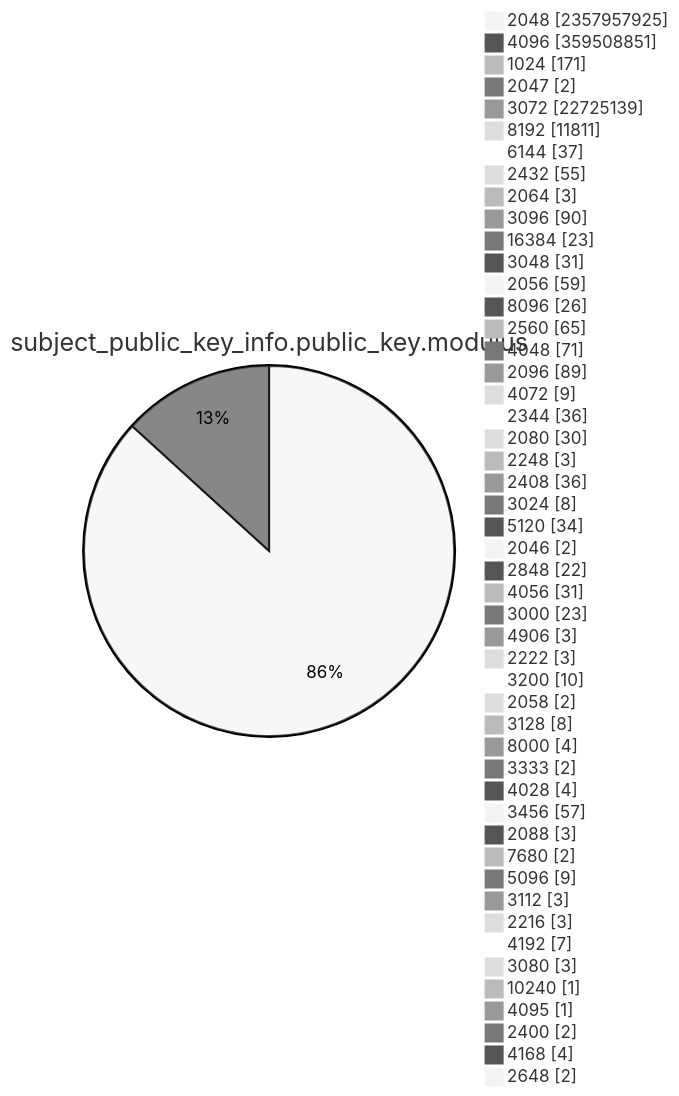
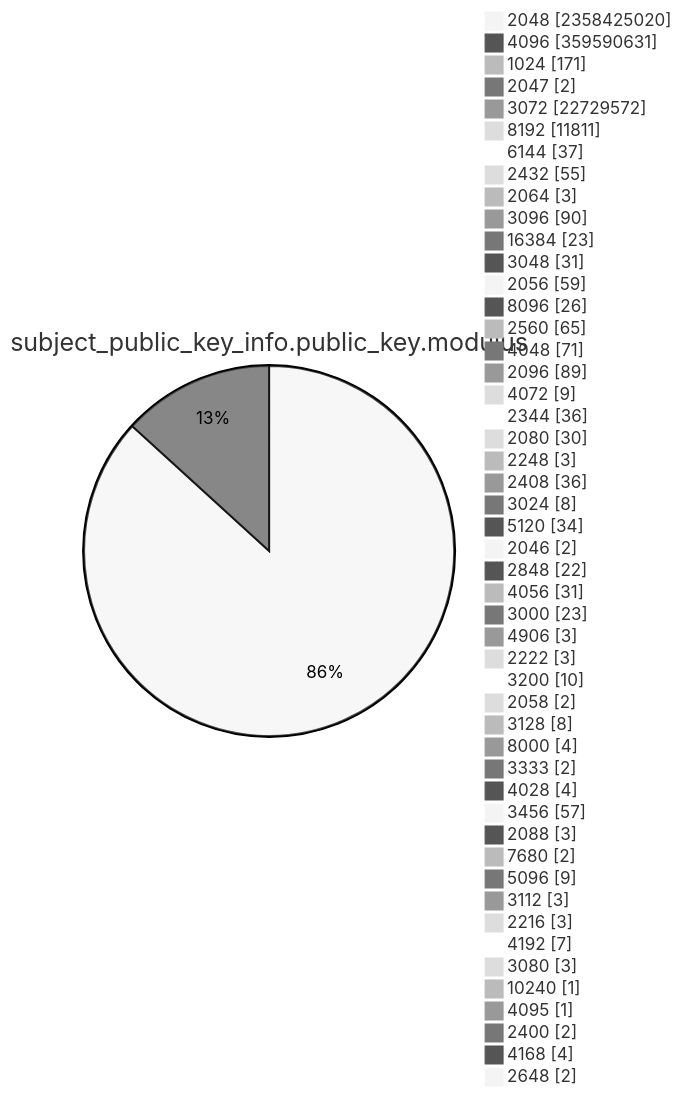
One commit to christiankrug/ctmonitor_visualization changed diagram 13 of 15 in TOTAL/README.md. Above: the diagram before and after it, drawn with Mermaid (neutral theme). The commit also changed other lines of this file, not shown here.

````diff
--- a/TOTAL/README.md
+++ b/TOTAL/README.md
@@ -4167,53 +4167,53 @@
 ```mermaid
 pie showData
 title subject_public_key_info.public_key.modulus
-"2048" :2357957925
-"4096" :359508851
+"2048" :2358425020
+"4096" :359590631
 "1024" :171
 "2047" :2
-"3072" :22725139
+"3072" :22729572
 "8192" :11811
 "6144" :37
 "2432" :55
 "2064" :3
 "3096" :90
 "16384" :23
 "3048" :31
 "2056" :59
 "8096" :26
 "2560" :65
 "4048" :71
 "2096" :89
 "4072" :9
 "2344" :36
 "2080" :30
 "2248" :3
 "2408" :36
 "3024" :8
 "5120" :34
 "2046" :2
 "2848" :22
 "4056" :31
 "3000" :23
 "4906" :3
 "2222" :3
 "3200" :10
 "2058" :2
 "3128" :8
 "8000" :4
 "3333" :2
 "4028" :4
 "3456" :57
 "2088" :3
 "7680" :2
 "5096" :9
 "3112" :3
 "2216" :3
 "4192" :7
 "3080" :3
 "10240" :1
 "4095" :1
 "2400" :2
 "4168" :4
 "2648" :2
 ```
````
